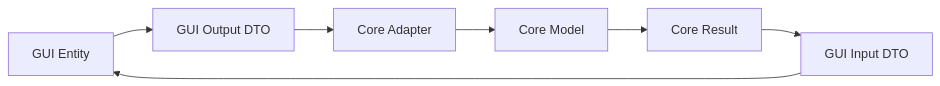
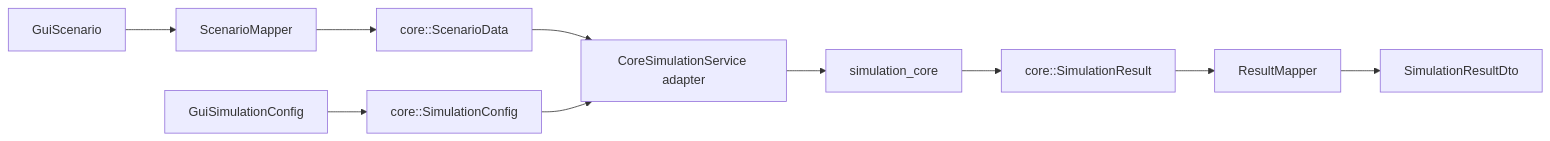
The third of 5 diagrams in docs/architecture/gui/README.md (StivenJM/proyecto-simulacion), drawn with Mermaid before and after one commit. The commit also changed other lines of this file and 12 other files, not shown here.

First line of the commit message:
docs: update integrated GUI-Core architecture documentation

````diff
--- a/docs/architecture/gui/README.md
+++ b/docs/architecture/gui/README.md
@@ -57,9 +58,12 @@
 ```mermaid
 flowchart LR
-    GuiEntity[GUI Entity] --> OutDto[GUI Output DTO]
-    OutDto --> CoreAdapter[Core Adapter]
-    CoreAdapter --> CoreModel[Core Model]
-    CoreModel --> CoreResult[Core Result]
-    CoreResult --> InDto[GUI Input DTO]
-    InDto --> GuiEntity
+    GuiScenario[GuiScenario] --> ScenarioMapper[ScenarioMapper]
+    ScenarioMapper --> CoreScenario[core::ScenarioData]
+    GuiConfig[GuiSimulationConfig] --> CoreConfig[core::SimulationConfig]
+    CoreScenario --> CoreAdapter[CoreSimulationService adapter]
+    CoreConfig --> CoreAdapter
+    CoreAdapter --> Core[simulation_core]
+    Core --> CoreResult[core::SimulationResult]
+    CoreResult --> ResultMapper[ResultMapper]
+    ResultMapper --> GuiResult[SimulationResultDto]
 ```
````
